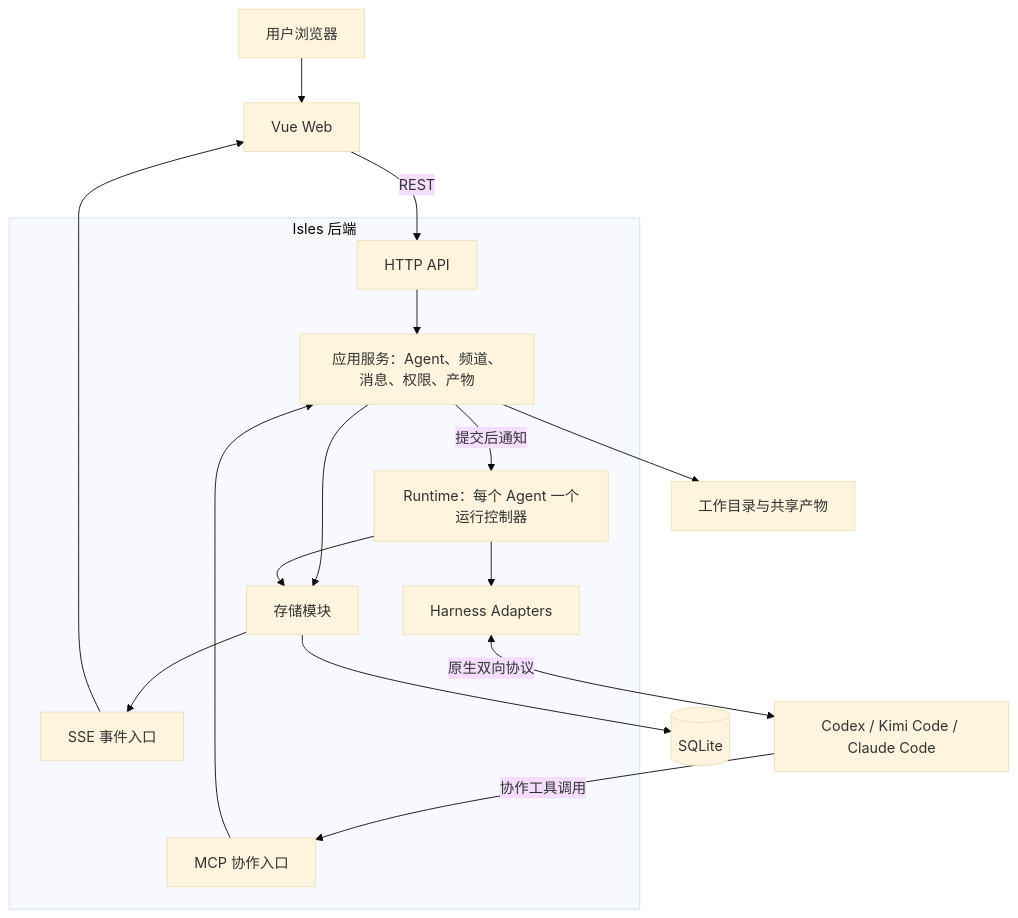
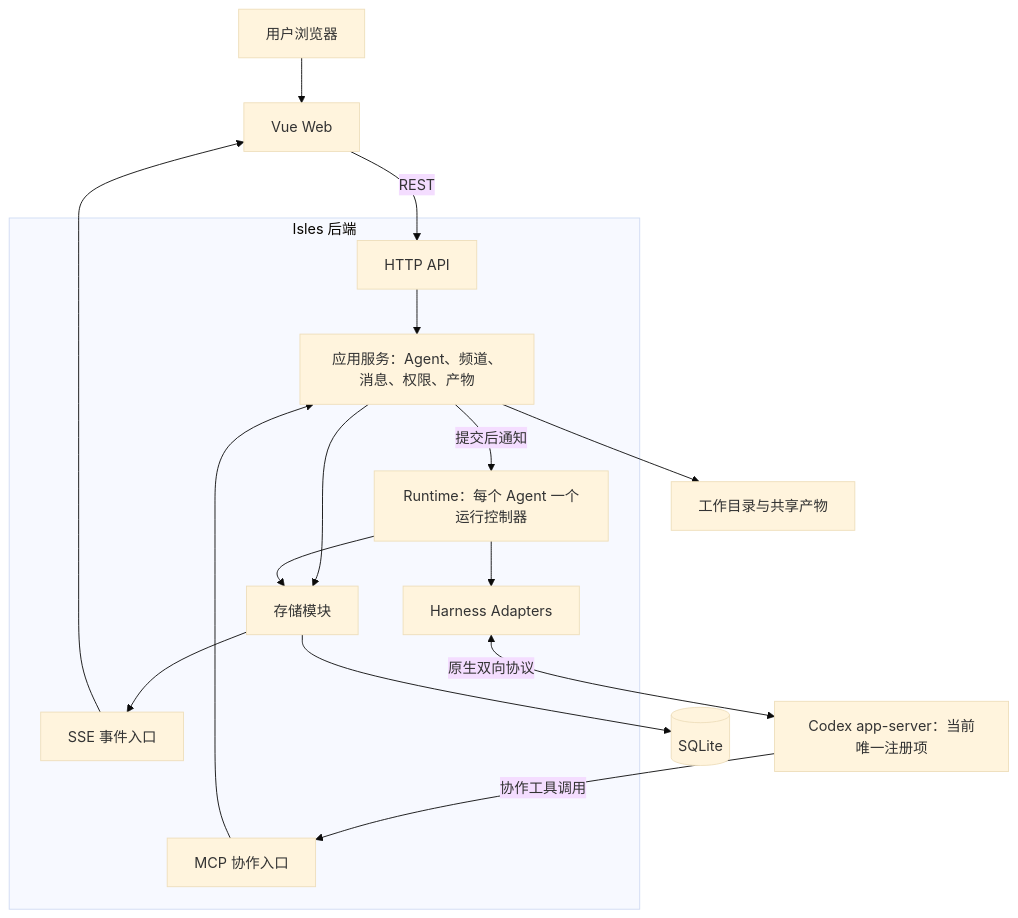
The first of 2 diagrams in docs/architecture.md (zch4321/Isles), drawn with Mermaid (base theme) before and after one commit. The commit also changed other lines of this file and 42 other files, not shown here.

````diff
--- a/docs/architecture.md
+++ b/docs/architecture.md
@@ -64,21 +64,21 @@
 ```mermaid
 flowchart TB
     U[用户浏览器] --> W[Vue Web]
     W -->|REST| HTTP[HTTP API]
     EVENTS[SSE 事件入口] --> W
 
     subgraph SERVER[Isles 后端]
         HTTP --> APP[应用服务：Agent、频道、消息、权限、产物]
         MCP[MCP 协作入口] --> APP
         APP --> STORE[存储模块]
         APP -->|提交后通知| RT[Runtime：每个 Agent 一个运行控制器]
         RT --> STORE
         RT --> AD[Harness Adapters]
         STORE --> EVENTS
     end
 
     STORE --> DB[(SQLite)]
     APP --> FILES[工作目录与共享产物]
-    AD <-->|原生双向协议| H[Codex / Kimi Code / Claude Code]
+    AD <-->|原生双向协议| H[Codex app-server：当前唯一注册项]
     H -->|协作工具调用| MCP
 ```
````
